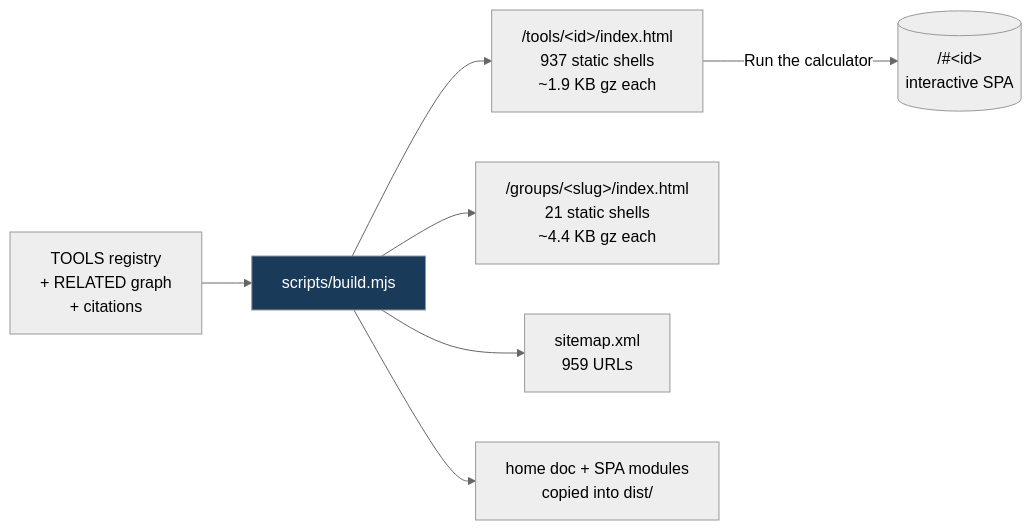
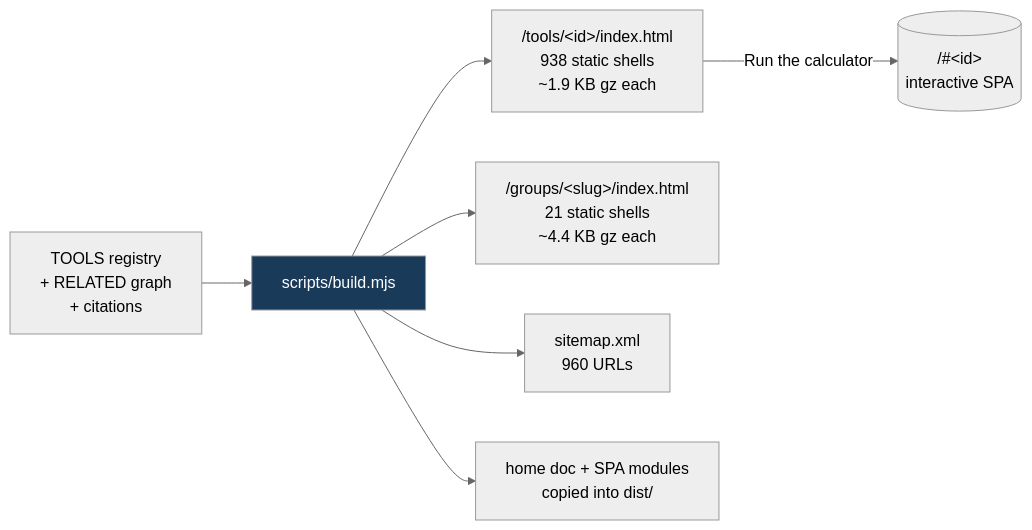
Before and after one commit to clay-good/roughlogic.com: the fifth of 8 diagrams in README.md, drawn with Mermaid (neutral theme). The commit also changed other lines of this file and 17 other files, not shown here.

````diff
--- a/README.md
+++ b/README.md
@@ -495,10 +495,10 @@
 ```mermaid
 flowchart LR
     SRC[TOOLS registry\n+ RELATED graph\n+ citations] --> BUILD[scripts/build.mjs]
-    BUILD --> TILE["/tools/&lt;id&gt;/index.html\n937 static shells\n~1.9 KB gz each"]
+    BUILD --> TILE["/tools/&lt;id&gt;/index.html\n938 static shells\n~1.9 KB gz each"]
     BUILD --> GROUP["/groups/&lt;slug&gt;/index.html\n21 static shells\n~4.4 KB gz each"]
-    BUILD --> MAP["sitemap.xml\n959 URLs"]
+    BUILD --> MAP["sitemap.xml\n960 URLs"]
     BUILD --> COPY[home doc + SPA modules\ncopied into dist/]
     TILE -->|Run the calculator| SPA[("/#&lt;id&gt;\ninteractive SPA")]
     style BUILD fill:#1a3a5a,color:#fff
 ```
````
